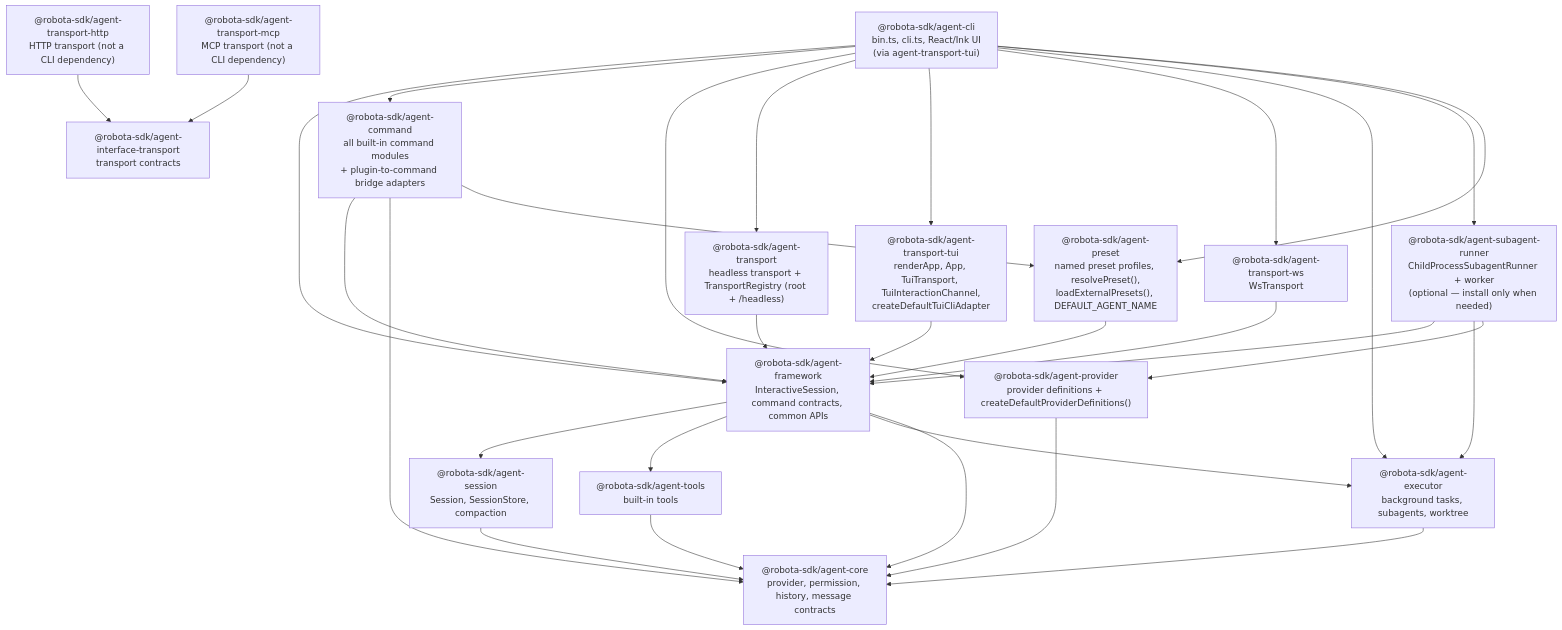
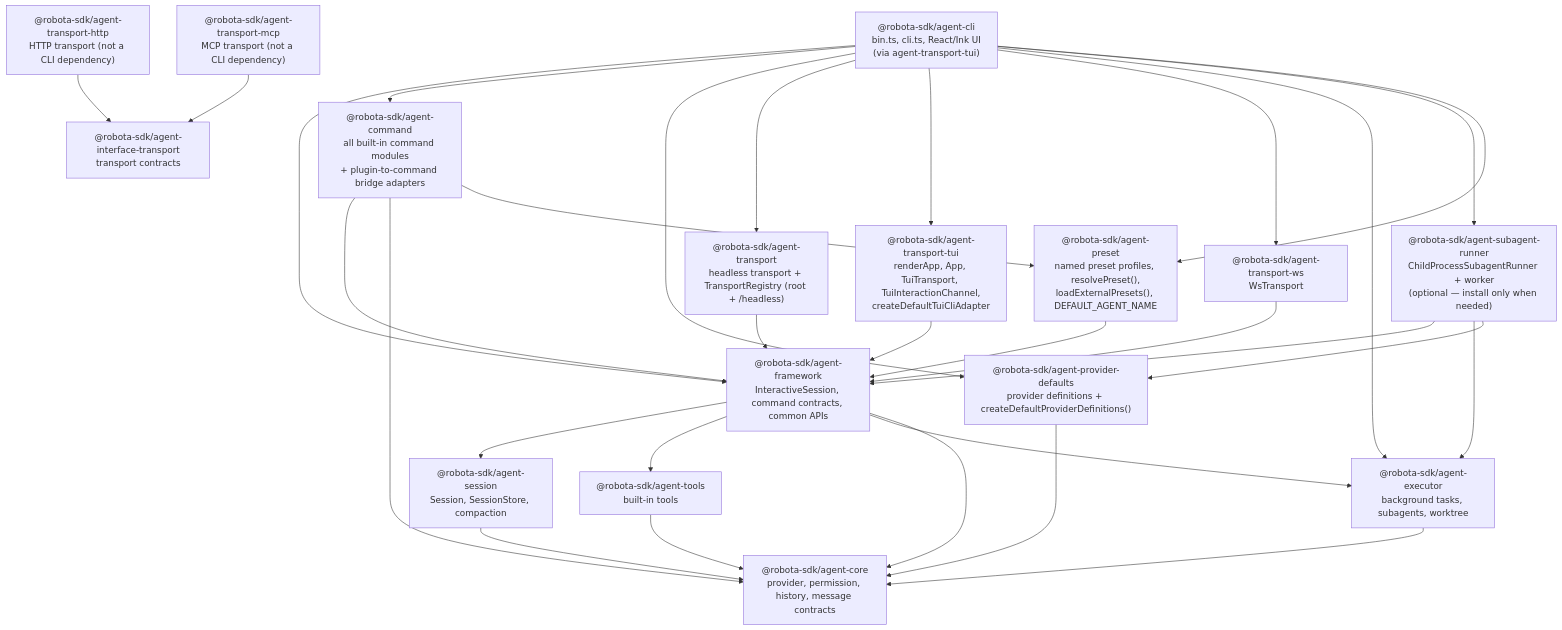
The diagram in .agents/specs/architecture-map/agent-cli/target-architecture.md (woojubb/robota), drawn with Mermaid before and after one commit. The commit also changed 345 other files, not shown here.

First line of the commit message:
refactor(provider)!: split agent-provider into per-vendor leaf packages (ARCH-PROVIDER-002)

````diff
--- a/.agents/specs/architecture-map/agent-cli/target-architecture.md
+++ b/.agents/specs/architecture-map/agent-cli/target-architecture.md
@@ -87,53 +87,53 @@
 ```mermaid
 flowchart TD
   CLI["@robota-sdk/agent-cli\nbin.ts, cli.ts, React/Ink UI\n(via agent-transport-tui)"]
   Framework["@robota-sdk/agent-framework\nInteractiveSession, command contracts, common APIs"]
   Commands["@robota-sdk/agent-command\nall built-in command modules\n+ plugin-to-command bridge adapters"]
   Core["@robota-sdk/agent-core\nprovider, permission, history, message contracts"]
   Session["@robota-sdk/agent-session\nSession, SessionStore, compaction"]
   Tools["@robota-sdk/agent-tools\nbuilt-in tools"]
   Executor["@robota-sdk/agent-executor\nbackground tasks, subagents, worktree"]
-  Provider["@robota-sdk/agent-provider\nprovider definitions + createDefaultProviderDefinitions()"]
+  Provider["@robota-sdk/agent-provider-defaults\nprovider definitions + createDefaultProviderDefinitions()"]
   Transport["@robota-sdk/agent-transport\nheadless transport + TransportRegistry (root + /headless)"]
   TransportTui["@robota-sdk/agent-transport-tui\nrenderApp, App, TuiTransport, TuiInteractionChannel,\ncreateDefaultTuiCliAdapter"]
   TransportWs["@robota-sdk/agent-transport-ws\nWsTransport"]
   TransportHttp["@robota-sdk/agent-transport-http\nHTTP transport (not a CLI dependency)"]
   TransportMcp["@robota-sdk/agent-transport-mcp\nMCP transport (not a CLI dependency)"]
   InterfaceTransport["@robota-sdk/agent-interface-transport\ntransport contracts"]
   SubagentRunner["@robota-sdk/agent-subagent-runner\nChildProcessSubagentRunner + worker\n(optional — install only when needed)"]
   Preset["@robota-sdk/agent-preset\nnamed preset profiles, resolvePreset(),\nloadExternalPresets(), DEFAULT_AGENT_NAME"]
 
   CLI --> Framework
   CLI --> Commands
   CLI --> Provider
   CLI --> Transport
   CLI --> TransportTui
   CLI --> TransportWs
   CLI --> Executor
   CLI --> SubagentRunner
   CLI --> Preset
 
   SubagentRunner --> Framework
   SubagentRunner --> Executor
   SubagentRunner --> Provider
 
   Commands --> Framework
   Commands --> Core
   Commands --> Preset
 
   Framework --> Session
   Framework --> Tools
   Framework --> Executor
   Framework --> Core
 
   Provider --> Core
   Session --> Core
   Tools --> Core
   Executor --> Core
   Transport --> Framework
   TransportTui --> Framework
   TransportWs --> Framework
   TransportHttp --> InterfaceTransport
   TransportMcp --> InterfaceTransport
   Preset --> Framework
 ```
````
